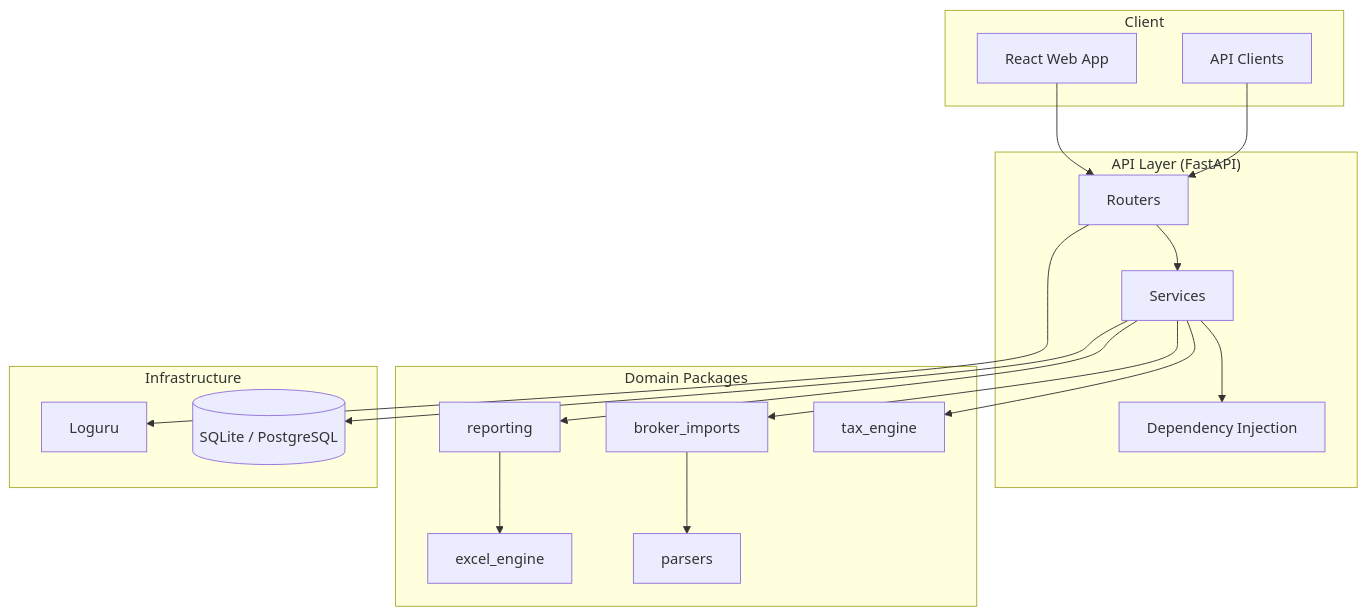
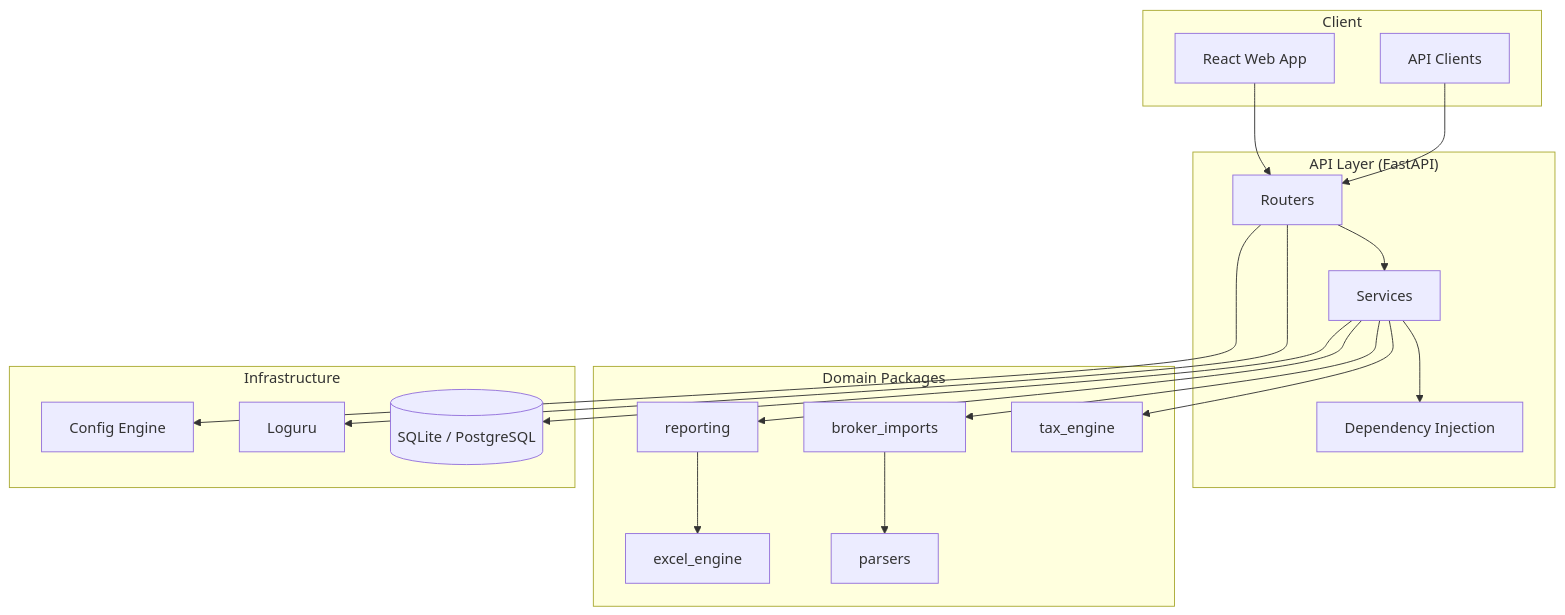
The diagram in README.md (nbhushan108/ITcopilot), drawn with Mermaid before and after one commit. The commit also changed other lines of this file and 61 other files, not shown here.

First line of the commit message:
feat(config): implement enterprise configuration engine

````diff
--- a/README.md
+++ b/README.md
@@ -26,38 +26,40 @@
 ```mermaid
 graph TB
     subgraph Client
         WEB[React Web App]
         API_CLIENT[API Clients]
     end
 
     subgraph "API Layer (FastAPI)"
         ROUTERS[Routers]
         SERVICES[Services]
         DI[Dependency Injection]
     end
 
     subgraph "Domain Packages"
         TAX[tax_engine]
         PARSE[parsers]
         BROKER[broker_imports]
         EXCEL[excel_engine]
         REPORT[reporting]
     end
 
     subgraph Infrastructure
         DB[(SQLite / PostgreSQL)]
         LOG[Loguru]
+        CFG[Config Engine]
     end
 
     WEB --> ROUTERS
     API_CLIENT --> ROUTERS
     ROUTERS --> SERVICES
     SERVICES --> DI
     SERVICES --> TAX
     SERVICES --> BROKER
     SERVICES --> REPORT
     BROKER --> PARSE
     REPORT --> EXCEL
     SERVICES --> DB
     ROUTERS --> LOG
+    ROUTERS --> CFG
 ```
````
